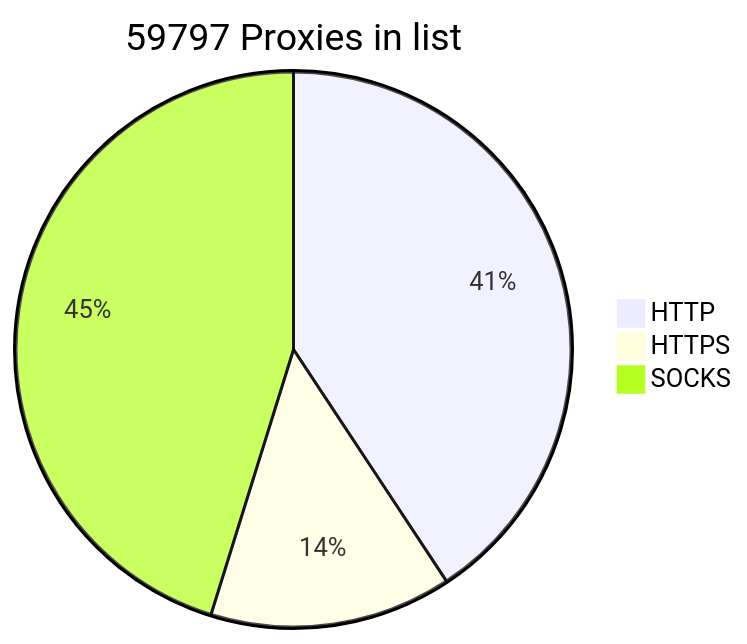
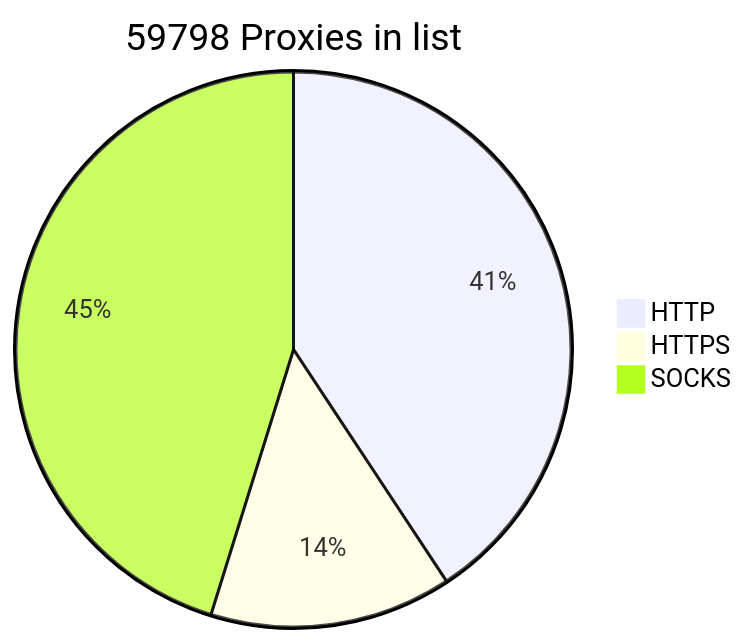
Before and after one commit to BlackSnowDot/proxylist-update-every-minute: the diagram in README.md, drawn with Mermaid.

````diff
--- a/README.md
+++ b/README.md
@@ -2,6 +2,6 @@
 ```mermaid
-pie title 59797 Proxies in list
+pie title 59798 Proxies in list
     "HTTP" : 27484
     "HTTPS": 9515
-    "SOCKS" : 30511
+    "SOCKS" : 30512
 ```
````
